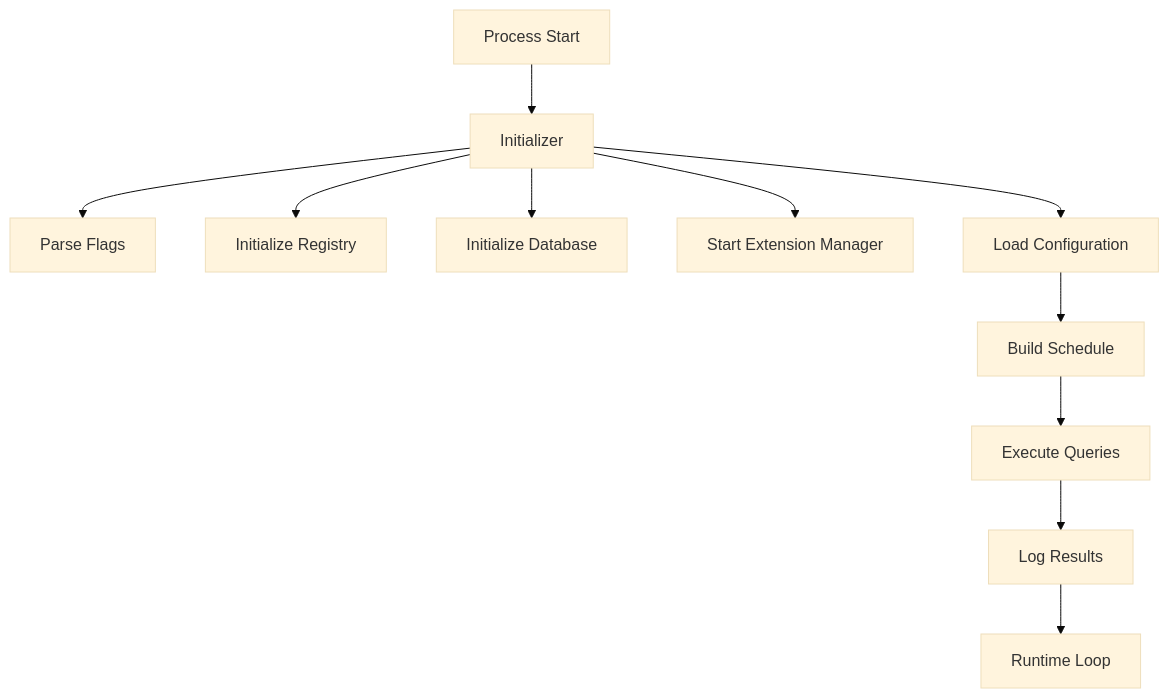
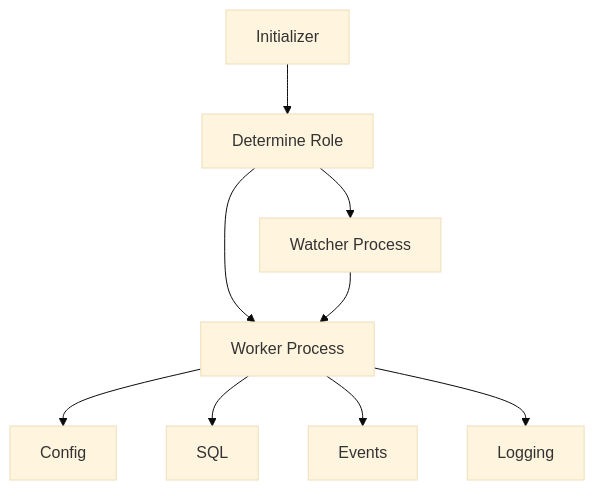
The diagram in docs/diagrams/architecture/README-2.mmd (flamingo-stack/osquery), drawn with Mermaid (base theme) before and after one commit. The commit also changed 388 other files, not shown here.

```diff
--- a/docs/diagrams/architecture/README-2.mmd
+++ b/docs/diagrams/architecture/README-2.mmd
@@ -1,11 +1,10 @@
 flowchart TD
-    Start["Process Start"] --> Init["Initializer"]
-    Init --> Flags["Parse Flags"]
-    Init --> Registry["Initialize Registry"]
-    Init --> DBInit["Initialize Database"]
-    Init --> ExtMgr["Start Extension Manager"]
-    Init --> ConfigLoad["Load Configuration"]
-    ConfigLoad --> Schedule["Build Schedule"]
-    Schedule --> QueryExec["Execute Queries"]
-    QueryExec --> Log["Log Results"]
-    Log --> End["Runtime Loop"]
+    Init["Initializer"] --> RoleCheck["Determine Role"]
+    RoleCheck --> WatcherProc["Watcher Process"]
+    RoleCheck --> WorkerProc["Worker Process"]
+
+    WatcherProc --> WorkerProc
+    WorkerProc --> Config
+    WorkerProc --> SQL
+    WorkerProc --> Events
+    WorkerProc --> Logging
```
